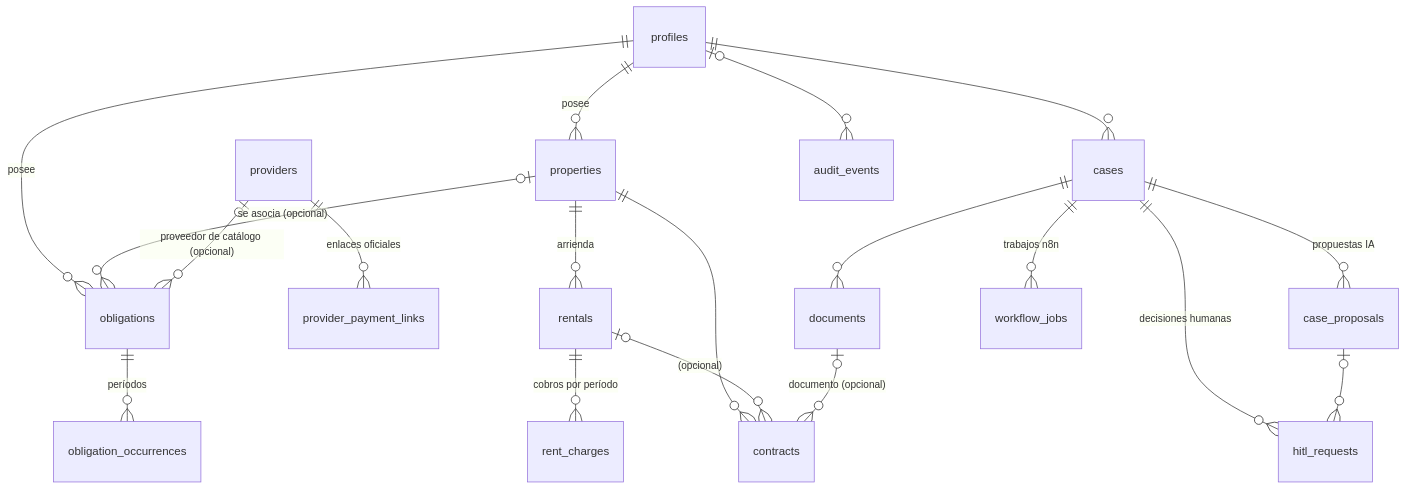
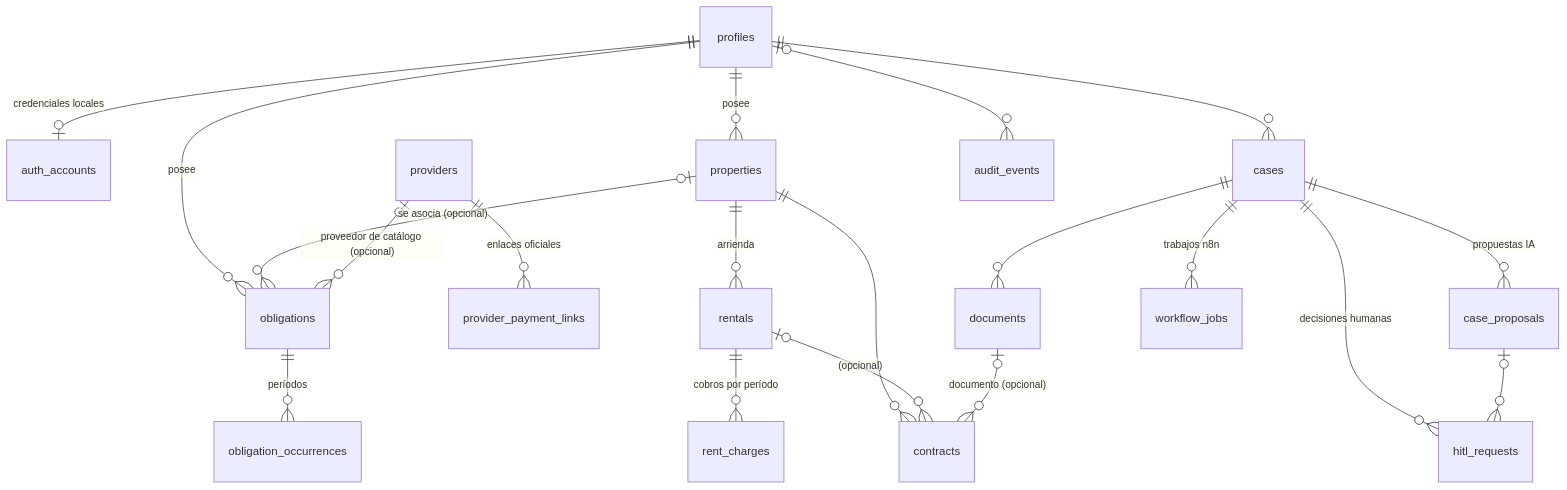
The diagram in docs/architecture/database-design.md (Eliza-05/notihouse-pal), drawn with Mermaid before and after one commit. The commit also changed other lines of this file and 43 other files, not shown here.

````diff
--- a/docs/architecture/database-design.md
+++ b/docs/architecture/database-design.md
@@ -13,21 +13,22 @@
 ```mermaid
 erDiagram
+    profiles ||--o| auth_accounts : "credenciales locales"
     profiles ||--o{ properties : posee
     profiles ||--o{ obligations : posee
     properties |o--o{ obligations : "se asocia (opcional)"
     providers |o--o{ obligations : "proveedor de catálogo (opcional)"
     providers ||--o{ provider_payment_links : "enlaces oficiales"
     obligations ||--o{ obligation_occurrences : "períodos"
     properties ||--o{ rentals : arrienda
     rentals ||--o{ rent_charges : "cobros por período"
     properties ||--o{ contracts : ""
     rentals |o--o{ contracts : "(opcional)"
     documents |o--o{ contracts : "documento (opcional)"
     profiles ||--o{ cases : ""
     cases ||--o{ documents : ""
     cases ||--o{ case_proposals : "propuestas IA"
     cases ||--o{ hitl_requests : "decisiones humanas"
     case_proposals |o--o{ hitl_requests : ""
     cases ||--o{ workflow_jobs : "trabajos n8n"
     profiles |o--o{ audit_events : ""
 ```
````
